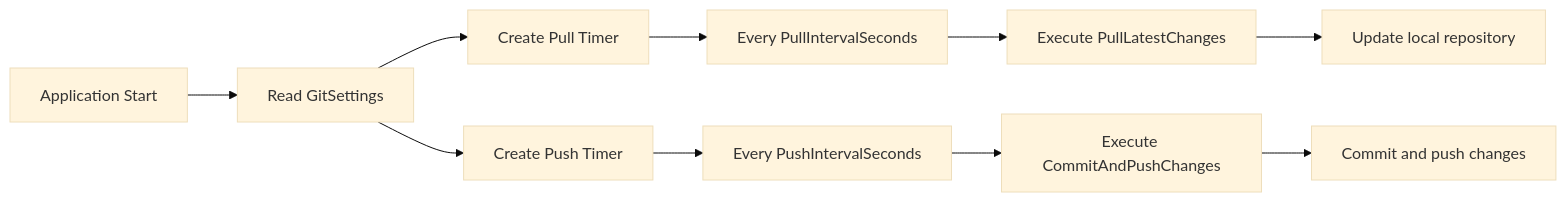
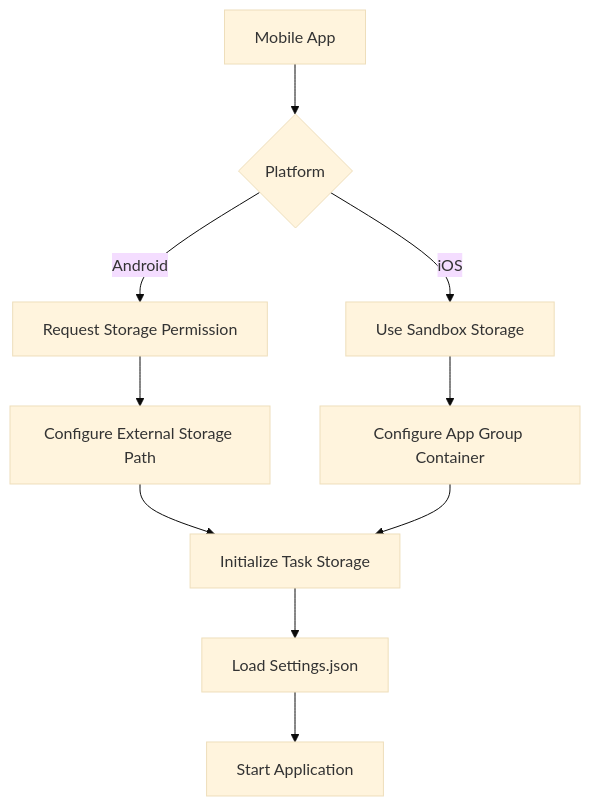
The fourth of 6 diagrams in .qoder/repowiki/en/content/Integration Guide/Integration Guide.md (Kibnet/Unlimotion), drawn with Mermaid (base theme) before and after one commit. The commit also changed other lines of this file and 216 other files, not shown here.

````diff
--- a/.qoder/repowiki/en/content/Integration Guide/Integration Guide.md
+++ b/.qoder/repowiki/en/content/Integration Guide/Integration Guide.md
@@ -196,12 +284,12 @@
 ```mermaid
-flowchart LR
-A[Application Start] --> B[Read GitSettings]
-B --> C[Create Pull Timer]
-B --> D[Create Push Timer]
-C --> E[Every PullIntervalSeconds]
-D --> F[Every PushIntervalSeconds]
-E --> G[Execute PullLatestChanges]
-F --> H[Execute CommitAndPushChanges]
-G --> I[Update local repository]
-H --> J[Commit and push changes]
+graph TD
+A[Mobile App] --> B{Platform}
+B --> |Android| C[Request Storage Permission]
+B --> |iOS| D[Use Sandbox Storage]
+C --> E[Configure External Storage Path]
+D --> F[Configure App Group Container]
+E --> G[Initialize Task Storage]
+F --> G
+G --> H[Load Settings.json]
+H --> I[Start Application]
 ```
````
